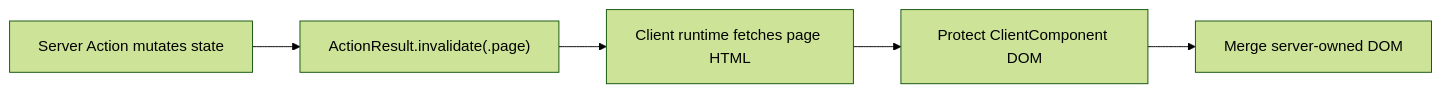
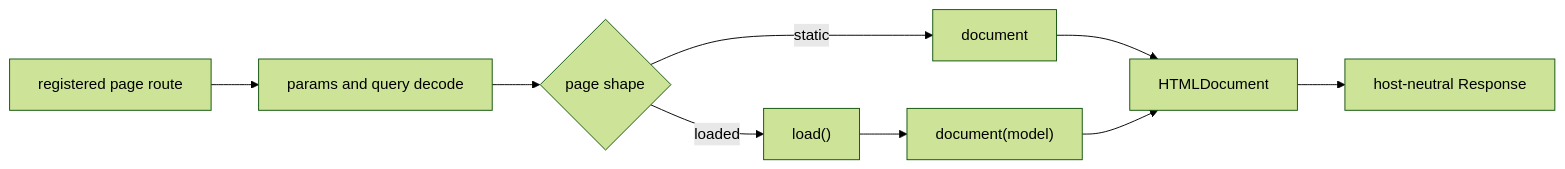
Before and after one commit to 1amageek/swift-web: the second of 2 diagrams in Sources/SwiftWebRuntime/Core/README.md, drawn with Mermaid (forest theme). The commit also changed other lines of this file and 30 other files, not shown here.

````diff
--- a/Sources/SwiftWebRuntime/Core/README.md
+++ b/Sources/SwiftWebRuntime/Core/README.md
@@ -472,7 +50,11 @@
 ```mermaid
 flowchart LR
-  A["Server Action mutates state"] --> B["ActionResult.invalidate(.page)"]
-  B --> C["Client runtime fetches page HTML"]
-  C --> D["Protect ClientComponent DOM"]
-  D --> E["Merge server-owned DOM"]
+  Route["registered page route"] --> Decode["params and query decode"]
+  Decode --> Resolve{"page shape"}
+  Resolve -->|static| Document["document"]
+  Resolve -->|loaded| Load["load()"]
+  Load --> Loaded["document(model)"]
+  Document --> HTML["HTMLDocument"]
+  Loaded --> HTML
+  HTML --> Response["host-neutral Response"]
 ```
````
